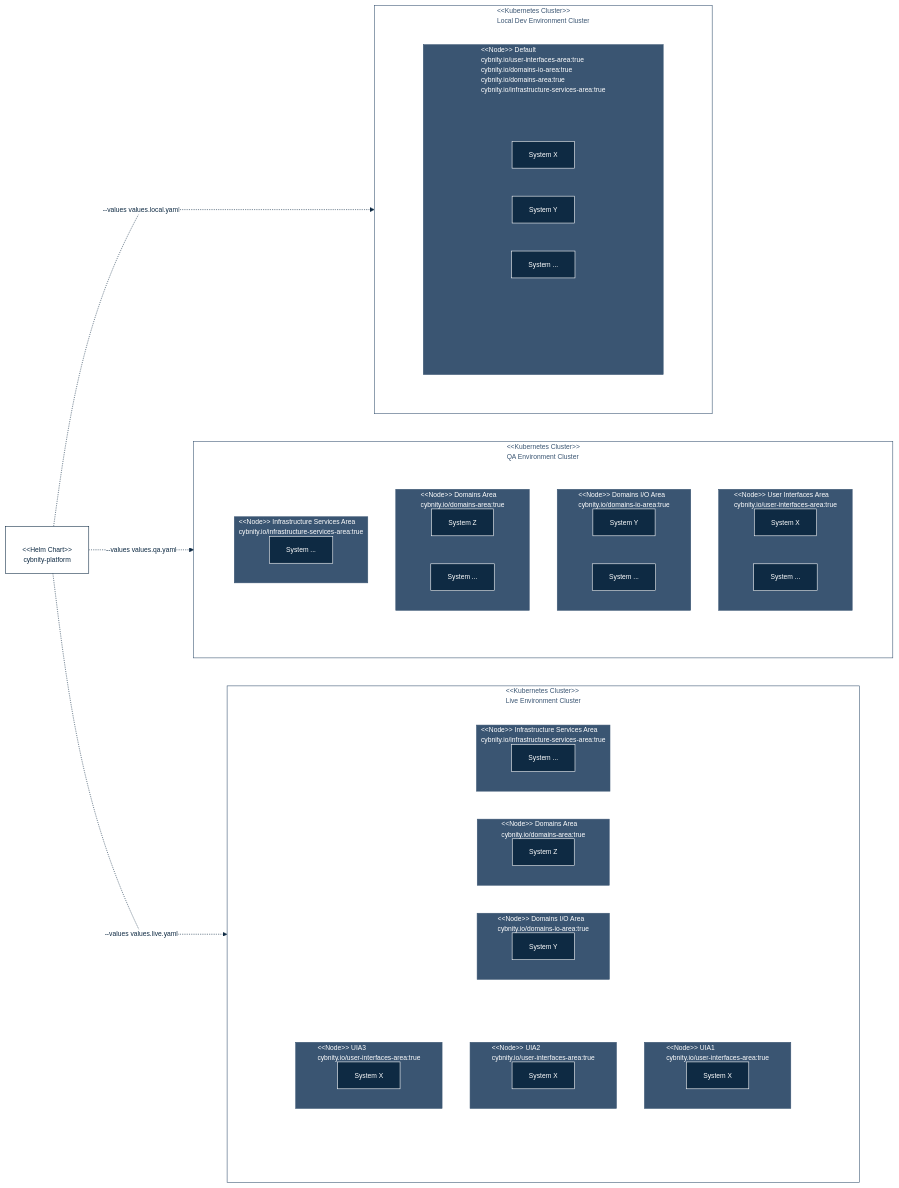
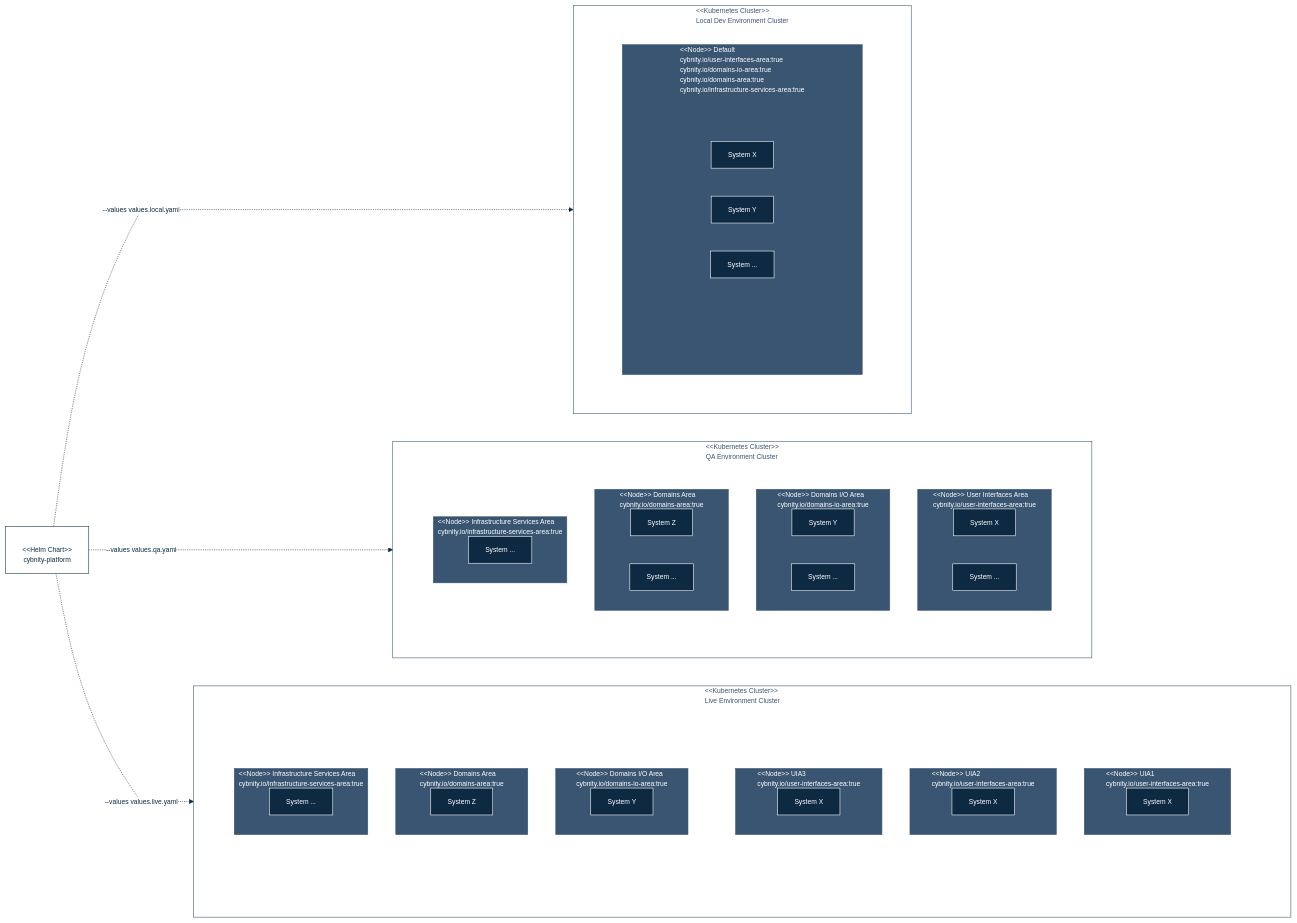
The first of 2 diagrams in cybnity-platform/README.md (doneisgood/iac-helm-charts), drawn with Mermaid before and after one commit.

```diff
--- a/cybnity-platform/README.md
+++ b/cybnity-platform/README.md
@@ -144,7 +144,7 @@
   subgraph clusterprod[" #60;#60;Kubernetes Cluster#62;#62; \n Live Environment Cluster "]
       direction LR
       subgraph layerset3[" "]
-         direction LR
+         direction TB
          subgraph layerset31[" "]
             direction TB
             subgraph ui3[" #60;#60;Node#62;#62; UIA1 \n cybnity.io/user-interfaces-area:true "]
```
